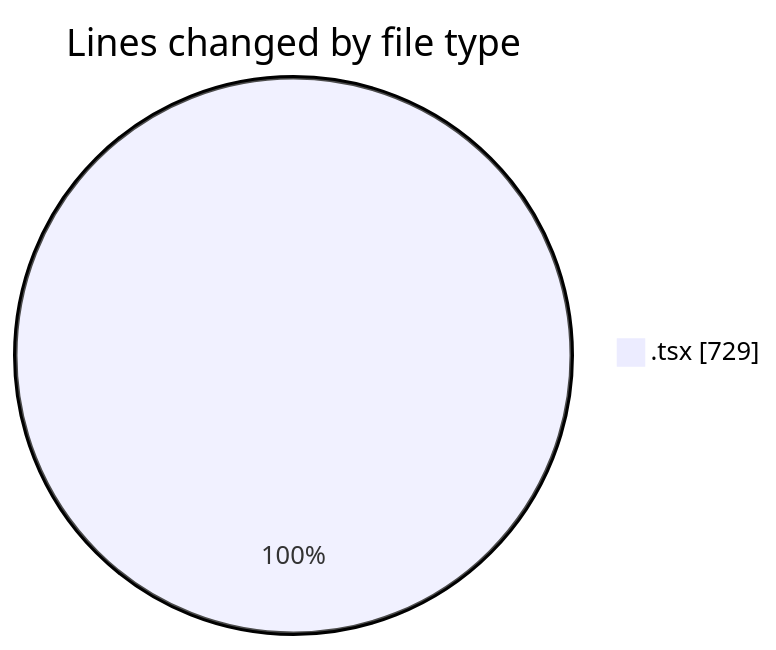
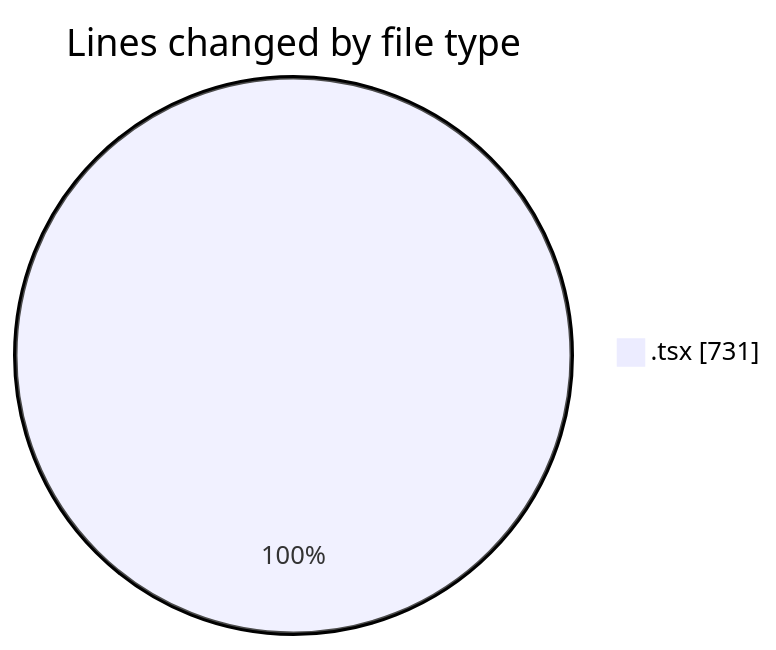
One commit to nxtqubesakshisongat/code-tracking changed the first of 2 diagrams in 2026-02-25/nxtqube_webapp/README.md. Above: the diagram before and after it, drawn with Mermaid. The commit also changed other lines of this file and 1 other file, not shown here.

````diff
--- a/2026-02-25/nxtqube_webapp/README.md
+++ b/2026-02-25/nxtqube_webapp/README.md
@@ -20,5 +20,5 @@
 ```mermaid
 pie showData
 title Lines changed by file type
-".tsx" : 729
+".tsx" : 731
 ```
````
